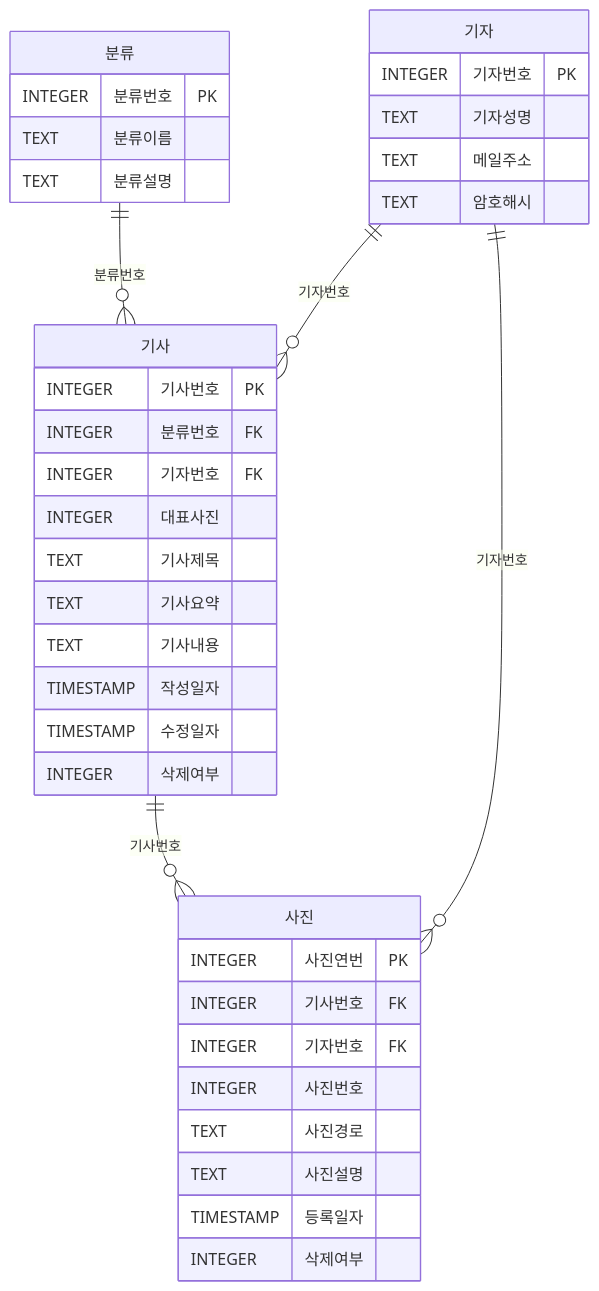
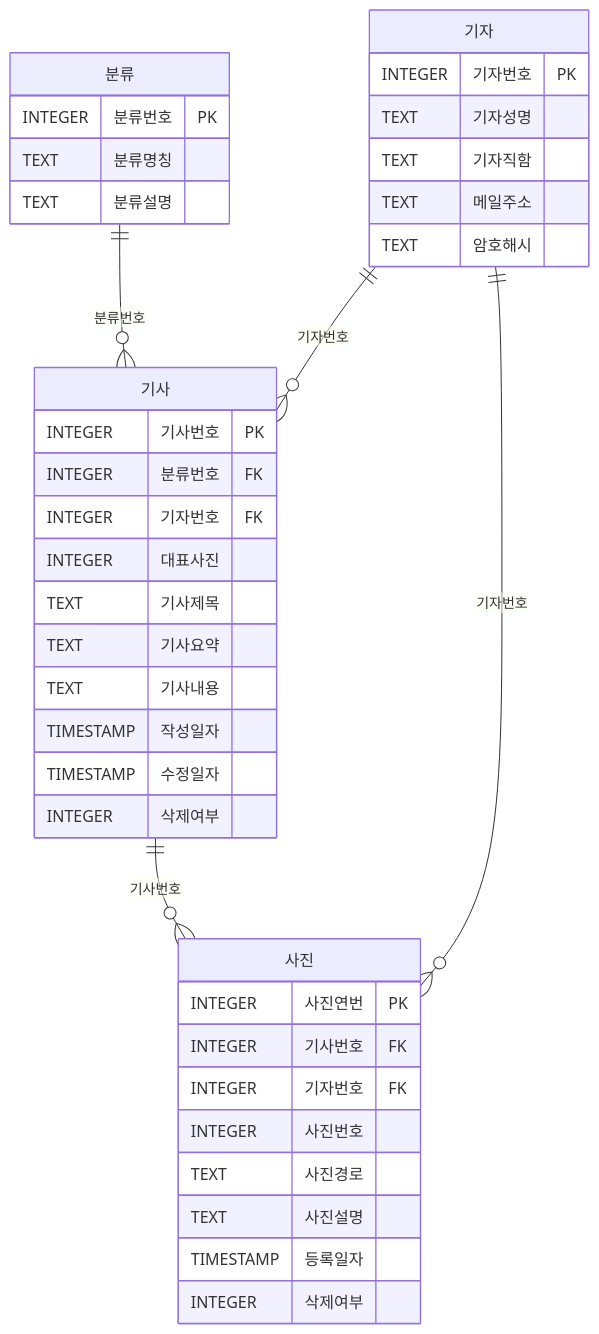
One commit to assam258-5892/mediafact changed the diagram in README.md. Above: the diagram before and after it, drawn with Mermaid. The commit also changed 46 other files, not shown here.

````diff
--- a/README.md
+++ b/README.md
@@ -4,41 +4,42 @@
 ```mermaid
 erDiagram
     분류 {
         INTEGER 분류번호 PK
-        TEXT 분류이름
+        TEXT 분류명칭
         TEXT 분류설명
     }
     기자 {
         INTEGER 기자번호 PK
         TEXT 기자성명
+        TEXT 기자직함
         TEXT 메일주소
         TEXT 암호해시
     }
     기사 {
         INTEGER 기사번호 PK
         INTEGER 분류번호 FK
         INTEGER 기자번호 FK
         INTEGER 대표사진
         TEXT 기사제목
         TEXT 기사요약
         TEXT 기사내용
         TIMESTAMP 작성일자
         TIMESTAMP 수정일자
         INTEGER 삭제여부
     }
     사진 {
         INTEGER 사진연번 PK
         INTEGER 기사번호 FK
         INTEGER 기자번호 FK
         INTEGER 사진번호
         TEXT 사진경로
         TEXT 사진설명
         TIMESTAMP 등록일자
         INTEGER 삭제여부
     }
 
     분류 ||--o{ 기사 : "분류번호"
     기자 ||--o{ 기사 : "기자번호"
     기사 ||--o{ 사진 : "기사번호"
     기자 ||--o{ 사진 : "기자번호"
 ```
````
